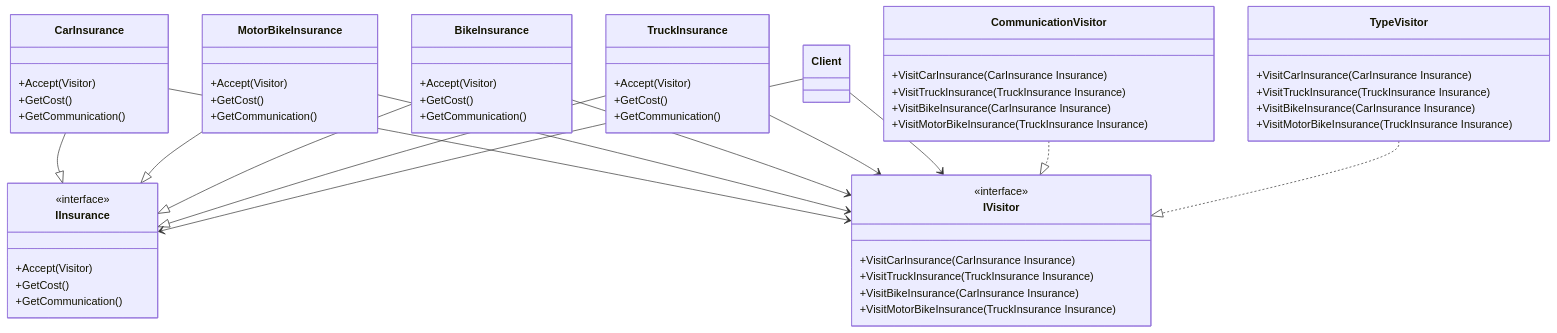
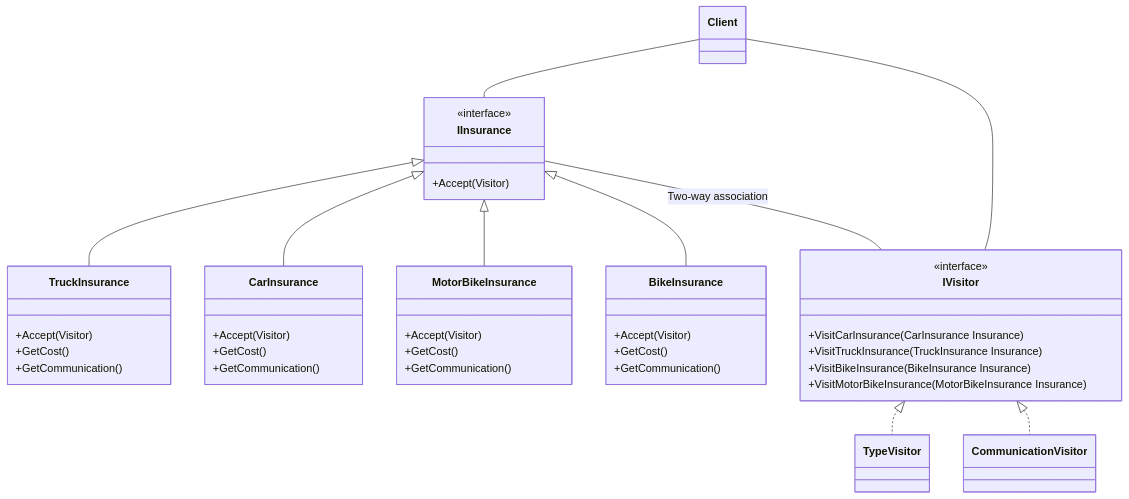
The first of 2 diagrams in README.md (MHA963/The-visitor-Pattern-), drawn with Mermaid before and after one commit.

````diff
--- a/README.md
+++ b/README.md
@@ -13,71 +13,58 @@
 ```mermaid
 classDiagram
-    
+   
     class Client{
-
-    }
-    
-    class IVisitor{
-        <<interface>>
-        +VisitCarInsurance(CarInsurance Insurance)
-        +VisitTruckInsurance(TruckInsurance Insurance)
-        +VisitBikeInsurance(CarInsurance Insurance)
-        +VisitMotorBikeInsurance(TruckInsurance Insurance)
     }
     
     class IInsurance{
         <<interface>>
         +Accept(Visitor)
-        +GetCost()
-        +GetCommunication()
     }
+
     class TruckInsurance{
         +Accept(Visitor)
         +GetCost()
         +GetCommunication()
     }
     
     class CarInsurance{
         +Accept(Visitor)
         +GetCost()
         +GetCommunication()
     }
     class MotorBikeInsurance{
         +Accept(Visitor)
-        
         +GetCost()
         +GetCommunication()
     }
     class BikeInsurance{
         +Accept(Visitor)
         +GetCost()
         +GetCommunication()
     }
 
+    class IVisitor{
+        <<interface>>
+        +VisitCarInsurance(CarInsurance Insurance)
+        +VisitTruckInsurance(TruckInsurance Insurance)
+        +VisitBikeInsurance(BikeInsurance Insurance)
+        +VisitMotorBikeInsurance(MotorBikeInsurance Insurance)
+    }
     
     class TypeVisitor{
-       +VisitCarInsurance(CarInsurance Insurance)
-        +VisitTruckInsurance(TruckInsurance Insurance)
-        +VisitBikeInsurance(CarInsurance Insurance)
-        +VisitMotorBikeInsurance(TruckInsurance Insurance)    
+
     }
     class CommunicationVisitor{
-       +VisitCarInsurance(CarInsurance Insurance)
-        +VisitTruckInsurance(TruckInsurance Insurance)
-        +VisitBikeInsurance(CarInsurance Insurance)
-        +VisitMotorBikeInsurance(TruckInsurance Insurance)
+
     } 
 
-    TypeVisitor ..|> IVisitor
-    CommunicationVisitor ..|> IVisitor
-    Client --> IInsurance
-    Client --> IVisitor
-    TruckInsurance --|> IInsurance
-    BikeInsurance --|> IInsurance
-    MotorBikeInsurance --|> IInsurance
-    CarInsurance --|> IInsurance
-    TruckInsurance --> IVisitor
-    BikeInsurance --> IVisitor
-    MotorBikeInsurance --> IVisitor 
-    CarInsurance --> IVisitor       
+    Client -- IInsurance    
+    Client -- IVisitor
+    IInsurance -- IVisitor : Two-way association
+    IInsurance <|-- TruckInsurance 
+    IInsurance <|-- BikeInsurance
+    IInsurance <|-- MotorBikeInsurance
+    IInsurance <|-- CarInsurance
+    IVisitor <|.. TypeVisitor
+    IVisitor <|.. CommunicationVisitor
 ```
````
